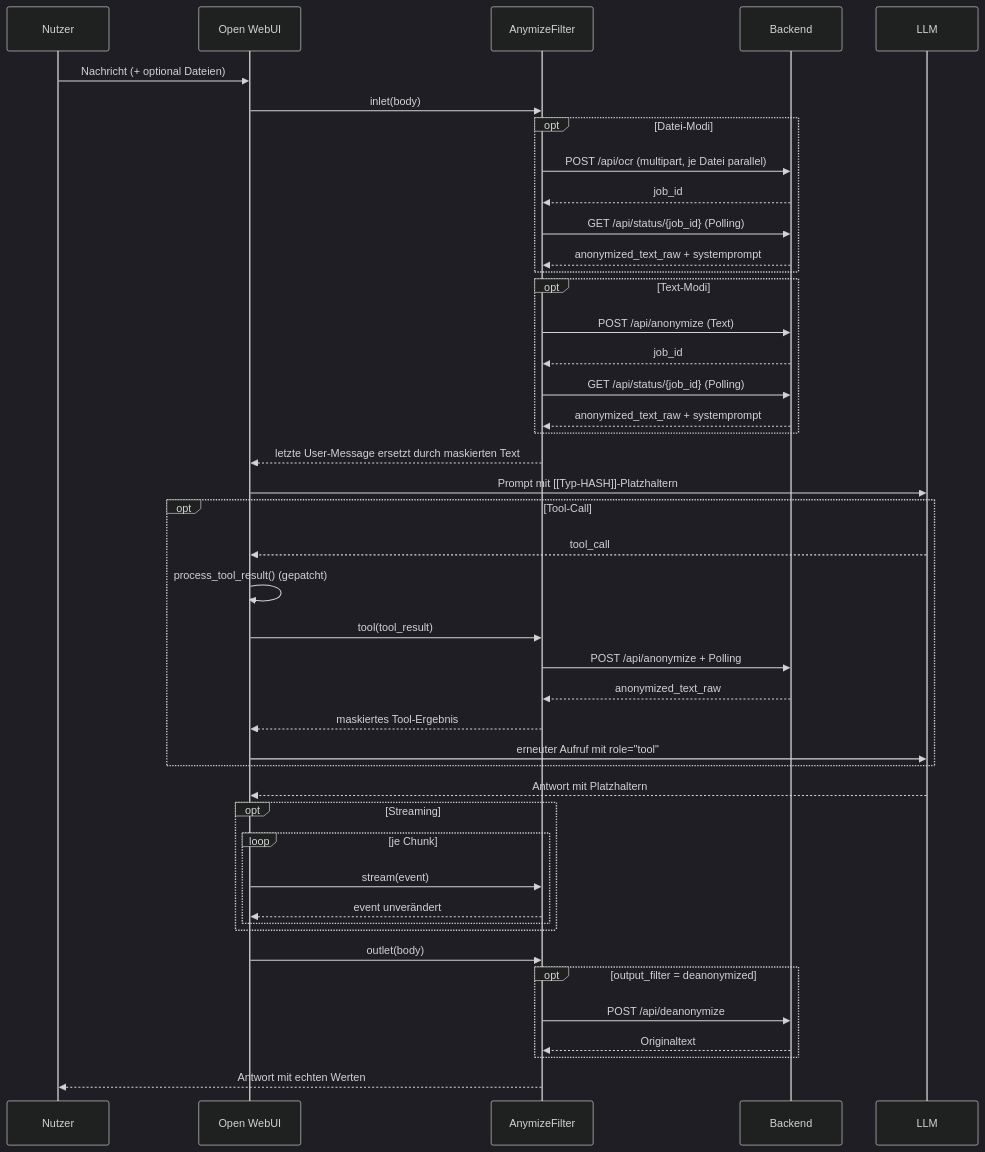
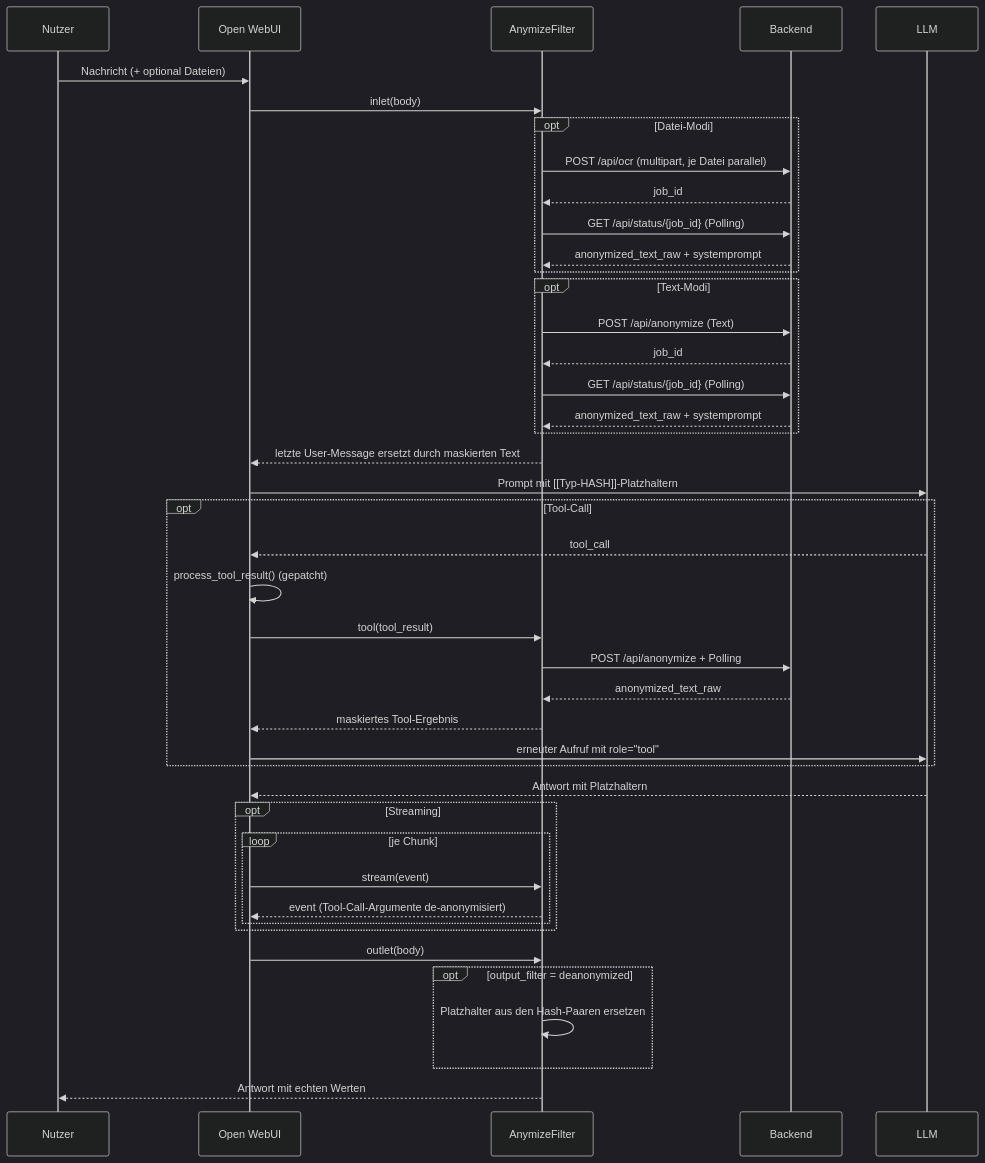
One commit to Matze2010/AnyomizeFilter changed the diagram in README.md. Above: the diagram before and after it, drawn with Mermaid (dark theme). The commit also changed other lines of this file and 1 other file, not shown here.

````diff
--- a/README.md
+++ b/README.md
@@ -13,47 +13,46 @@
 ```mermaid
 sequenceDiagram
     participant U as Nutzer
     participant OWUI as Open WebUI
     participant F as AnymizeFilter
     participant A as Backend
     participant LLM as LLM
 
     U->>OWUI: Nachricht (+ optional Dateien)
     OWUI->>F: inlet(body)
     opt Datei-Modi
         F->>A: POST /api/ocr (multipart, je Datei parallel)
         A-->>F: job_id
         F->>A: GET /api/status/{job_id} (Polling)
         A-->>F: anonymized_text_raw + systemprompt
     end
     opt Text-Modi
         F->>A: POST /api/anonymize (Text)
         A-->>F: job_id
         F->>A: GET /api/status/{job_id} (Polling)
         A-->>F: anonymized_text_raw + systemprompt
     end
     F-->>OWUI: letzte User-Message ersetzt durch maskierten Text
     OWUI->>LLM: Prompt mit [[Typ-HASH]]-Platzhaltern
     opt Tool-Call
         LLM-->>OWUI: tool_call
         OWUI->>OWUI: process_tool_result() (gepatcht)
         OWUI->>F: tool(tool_result)
         F->>A: POST /api/anonymize + Polling
         A-->>F: anonymized_text_raw
         F-->>OWUI: maskiertes Tool-Ergebnis
         OWUI->>LLM: erneuter Aufruf mit role="tool"
     end
     LLM-->>OWUI: Antwort mit Platzhaltern
     opt Streaming
         loop je Chunk
             OWUI->>F: stream(event)
-            F-->>OWUI: event unverändert
+            F-->>OWUI: event (Tool-Call-Argumente de-anonymisiert)
         end
     end
     OWUI->>F: outlet(body)
     opt output_filter = deanonymized
-        F->>A: POST /api/deanonymize
-        A-->>F: Originaltext
+        F->>F: Platzhalter aus den Hash-Paaren ersetzen
     end
     F-->>U: Antwort mit echten Werten
 ```
````
